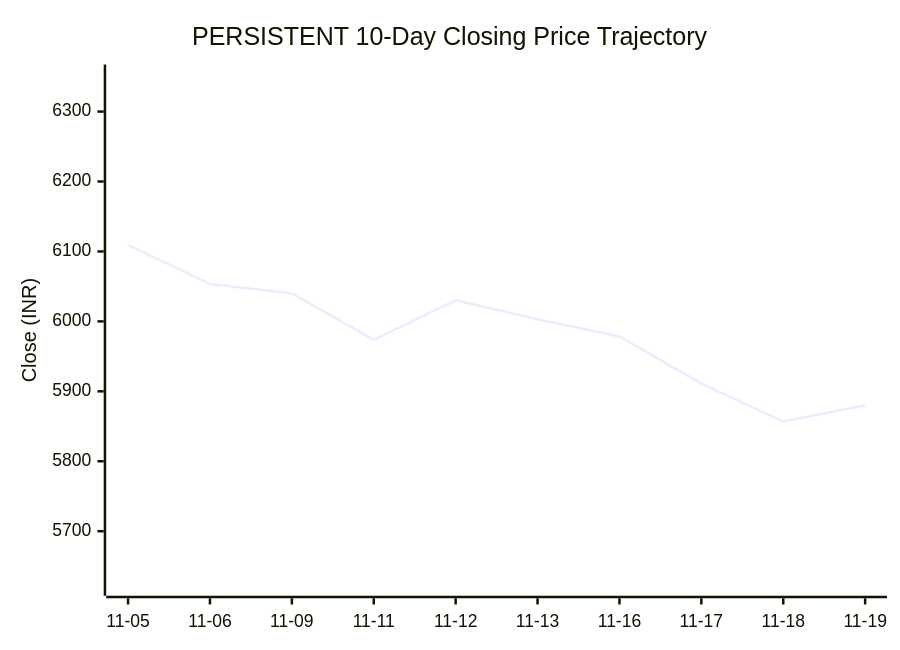
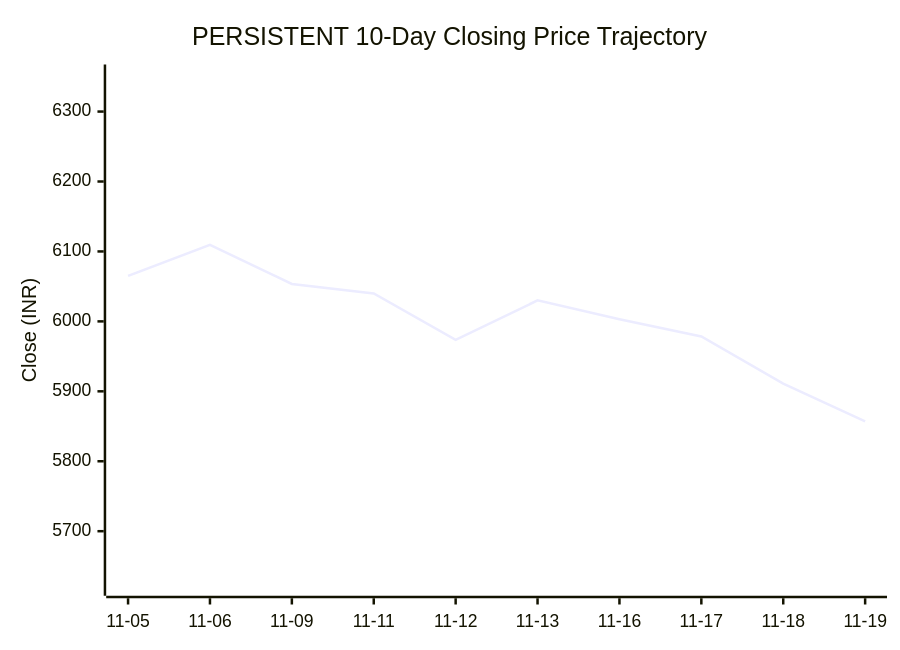
The second of 3 diagrams in market-intelligence/stocks/PERSISTENT/README.md (purnareddy9/dev), drawn with Mermaid before and after one commit. The commit also changed other lines of this file and 3 other files, not shown here.

````diff
--- a/market-intelligence/stocks/PERSISTENT/README.md
+++ b/market-intelligence/stocks/PERSISTENT/README.md
@@ -95,7 +95,7 @@
 ```mermaid
 xychart-beta
     title "PERSISTENT 10-Day Closing Price Trajectory"
     x-axis ["11-05", "11-06", "11-09", "11-11", "11-12", "11-13", "11-16", "11-17", "11-18", "11-19"]
     y-axis "Close (INR)" 5622 --> 6353
-    line [6109.5, 6053.5, 6040.0, 5973.5, 6030.0, 6003.0, 5978.5, 5911.0, 5857.0, 5880.0]
+    line [6065.0, 6109.5, 6053.5, 6040.0, 5973.5, 6030.0, 6003.0, 5978.5, 5911.0, 5857.0]
 ```
````
